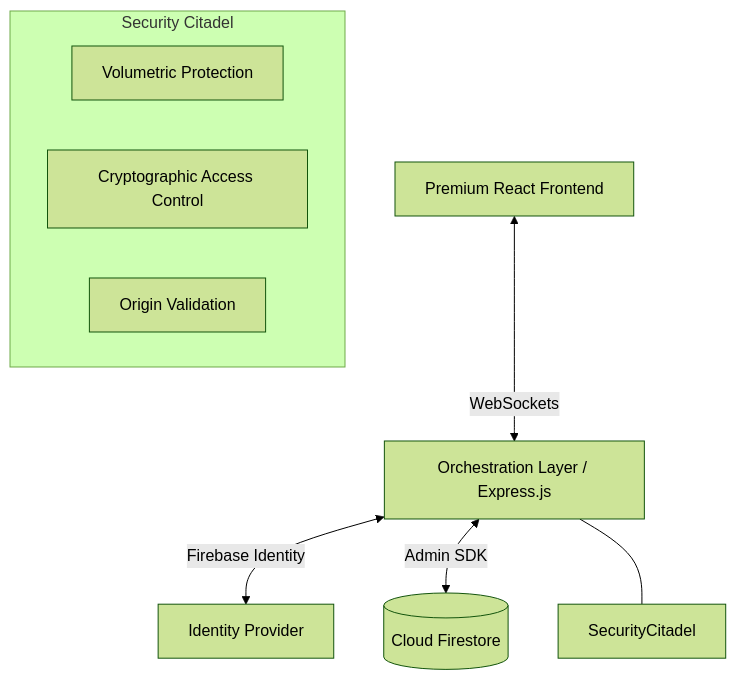
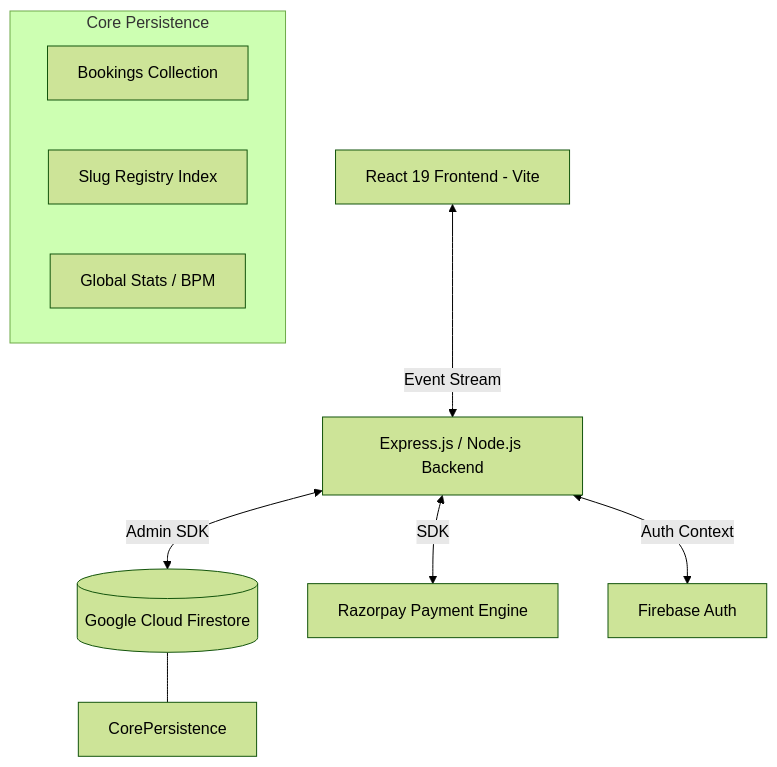
The first of 2 diagrams in README.md (pranitakash/DJ-Marketplace), drawn with Mermaid (forest theme) before and after one commit. The commit also changed other lines of this file and 50 other files, not shown here.

Commit message:
feat: complete DJ booking marketplace with Razorpay, real-time dashboards, and premium documentation

````diff
--- a/README.md
+++ b/README.md
@@ -19,14 +20,15 @@
 ```mermaid
 graph TD
-    Client[Premium React Frontend] <-->|WebSockets| API[Orchestration Layer / Express.js]
-    API <-->|Firebase Identity| Auth[Identity Provider]
-    API <-->|Admin SDK| DB[(Cloud Firestore)]
+    Client[React 19 Frontend - Vite] <-->|Event Stream| API[Express.js / Node.js Backend]
+    API <-->|Admin SDK| DB[(Google Cloud Firestore)]
+    API <-->|SDK| RP[Razorpay Payment Engine]
+    API <-->|Auth Context| FB[Firebase Auth]
     
-    subgraph Security Citadel
-        RateLimit[Volumetric Protection]
-        RBAC[Cryptographic Access Control]
-        CORS[Origin Validation]
+    subgraph Core Persistence
+        Bookings[Bookings Collection]
+        Slugs[Slug Registry Index]
+        Metadata[Global Stats / BPM]
     end
     
-    API --- SecurityCitadel
+    DB --- CorePersistence
 ```
````
